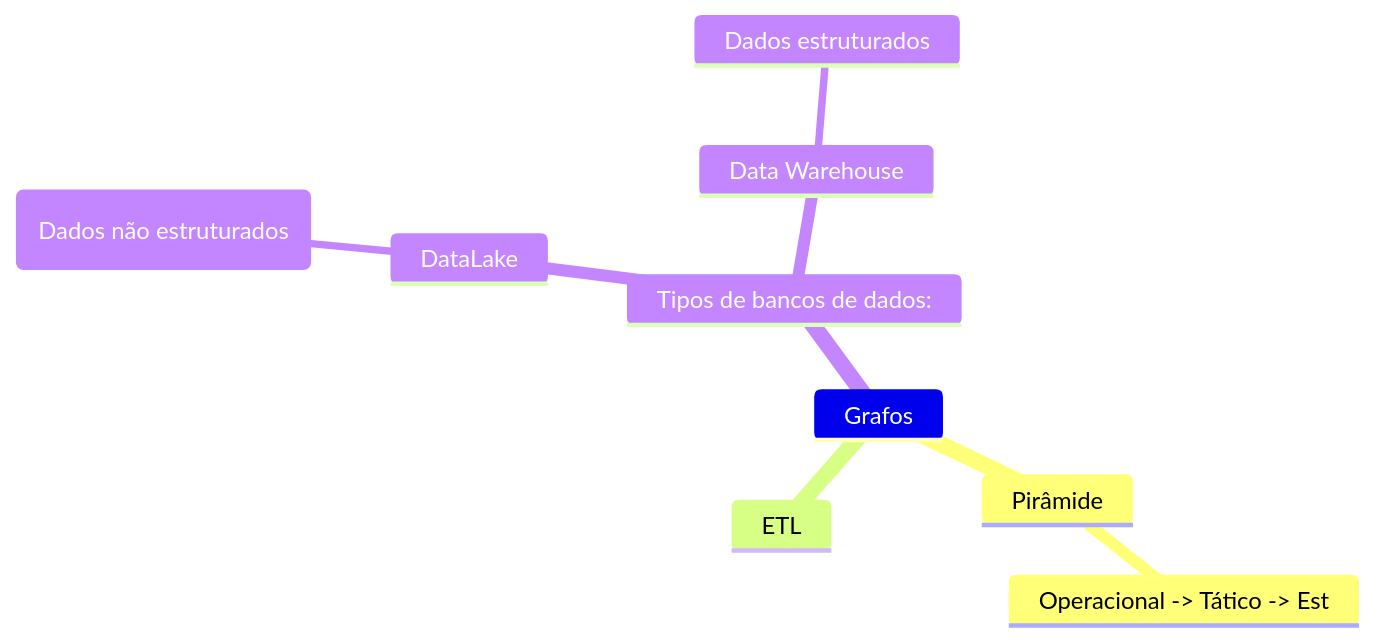
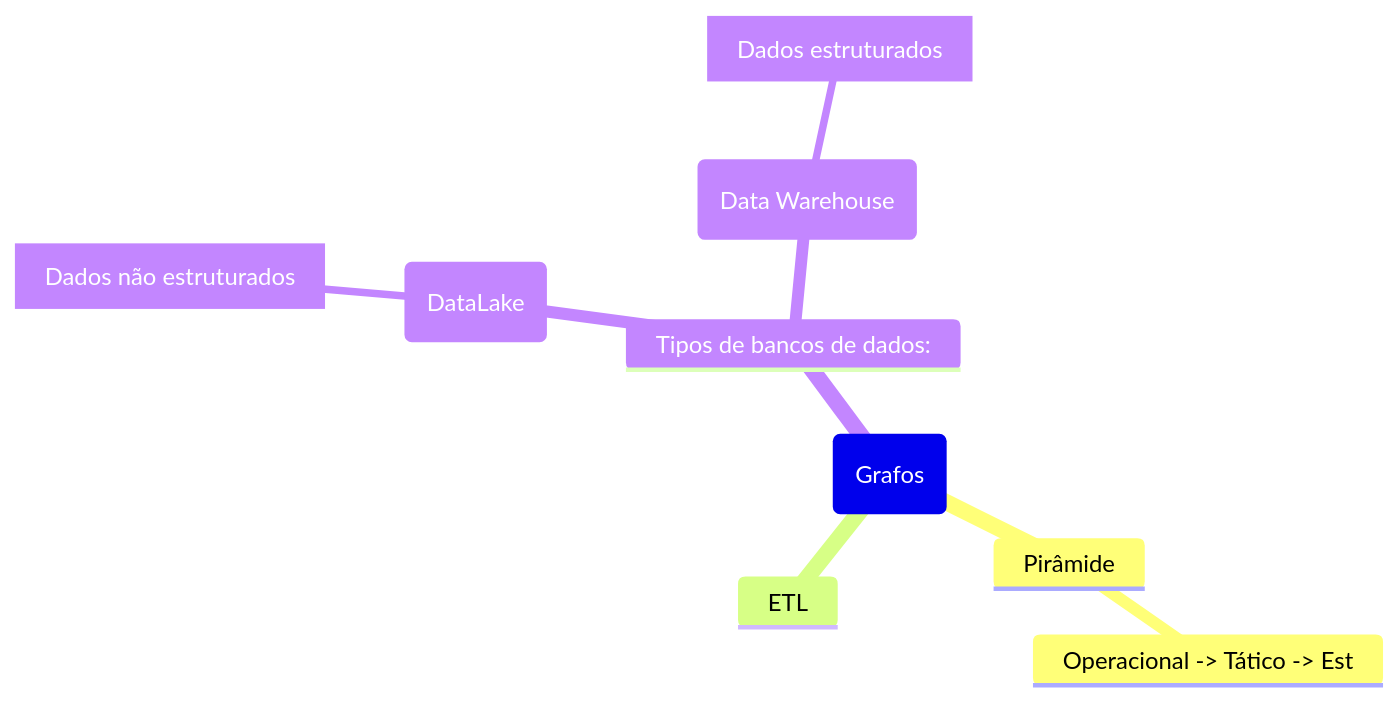
One commit to Igorino/joplin-notes changed the diagram in Mestrado/Segundo Semestre/SIN5033 - Grafos de conhecimento e Ontologias/Anotações/De Aulas/Aula do dia 2026 04 08.md. Above: the diagram before and after it, drawn with Mermaid.

Commit message:
Exported on 2026-04-08_15-05-52

````diff
--- a/Mestrado/Segundo Semestre/SIN5033 - Grafos de conhecimento e Ontologias/Anotações/De Aulas/Aula do dia 2026 04 08.md
+++ b/Mestrado/Segundo Semestre/SIN5033 - Grafos de conhecimento e Ontologias/Anotações/De Aulas/Aula do dia 2026 04 08.md
@@ -1,12 +1,12 @@
 ```mermaid
 mindmap
-	Grafos
+	Root(Grafos)
 		Pirâmide
 			Operacional -> Tático -> Est
 		ETL
 		Tipos de bancos de dados:		
-			DataLake
-				A(Dados não estruturados)
-			Data Warehouse
-				Dados estruturados
+			(DataLake)
+				[Dados não estruturados]
+			(Data Warehouse)
+				[Dados estruturados]
 ```
````
